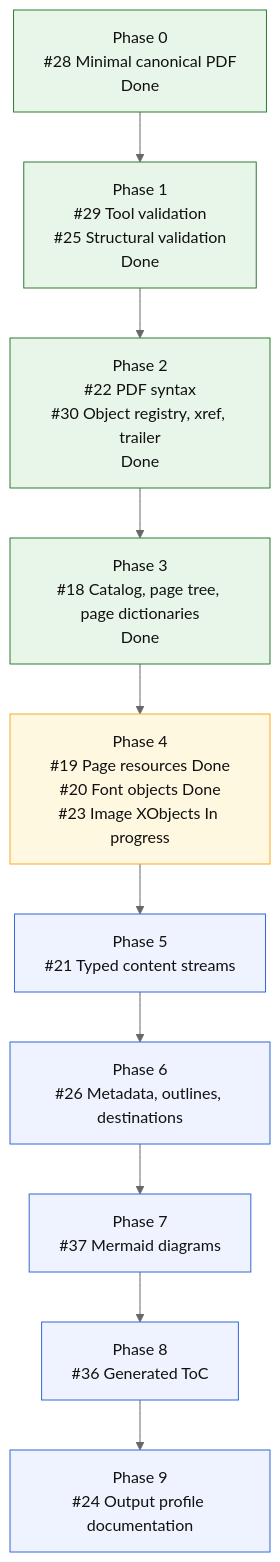
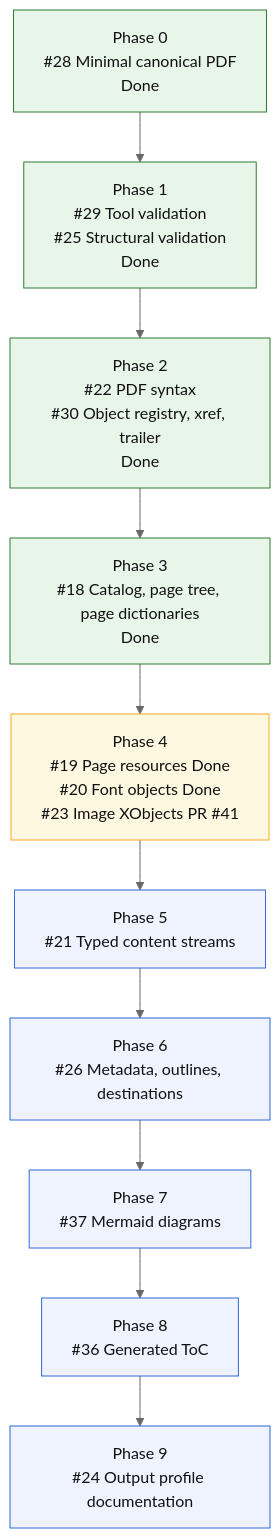
The diagram in README.md (mihaelamj/MarkdownPDF), drawn with Mermaid (neutral theme) before and after one commit.

Commit message:
docs(readme): mark image xobjects in review

````diff
--- a/README.md
+++ b/README.md
@@ -126,22 +126,22 @@
 ```mermaid
 flowchart TD
     P0["Phase 0<br/>#28 Minimal canonical PDF<br/>Done"]
     P1["Phase 1<br/>#29 Tool validation<br/>#25 Structural validation<br/>Done"]
     P2["Phase 2<br/>#22 PDF syntax<br/>#30 Object registry, xref, trailer<br/>Done"]
     P3["Phase 3<br/>#18 Catalog, page tree, page dictionaries<br/>Done"]
-    P4["Phase 4<br/>#19 Page resources Done<br/>#20 Font objects Done<br/>#23 Image XObjects In progress"]
+    P4["Phase 4<br/>#19 Page resources Done<br/>#20 Font objects Done<br/>#23 Image XObjects PR #41"]
     P5["Phase 5<br/>#21 Typed content streams"]
     P6["Phase 6<br/>#26 Metadata, outlines, destinations"]
     P7["Phase 7<br/>#37 Mermaid diagrams"]
     P8["Phase 8<br/>#36 Generated ToC"]
     P9["Phase 9<br/>#24 Output profile documentation"]
 
     P0 --> P1 --> P2 --> P3 --> P4 --> P5 --> P6 --> P7 --> P8 --> P9
 
     classDef done fill:#e8f5e9,stroke:#2e7d32,color:#111;
     classDef next fill:#fff8e1,stroke:#f9a825,color:#111;
     classDef todo fill:#eef3ff,stroke:#3367d6,color:#111;
     class P0,P1,P2,P3 done;
     class P4 next;
     class P5,P6,P7,P8,P9 todo;
 ```
````
